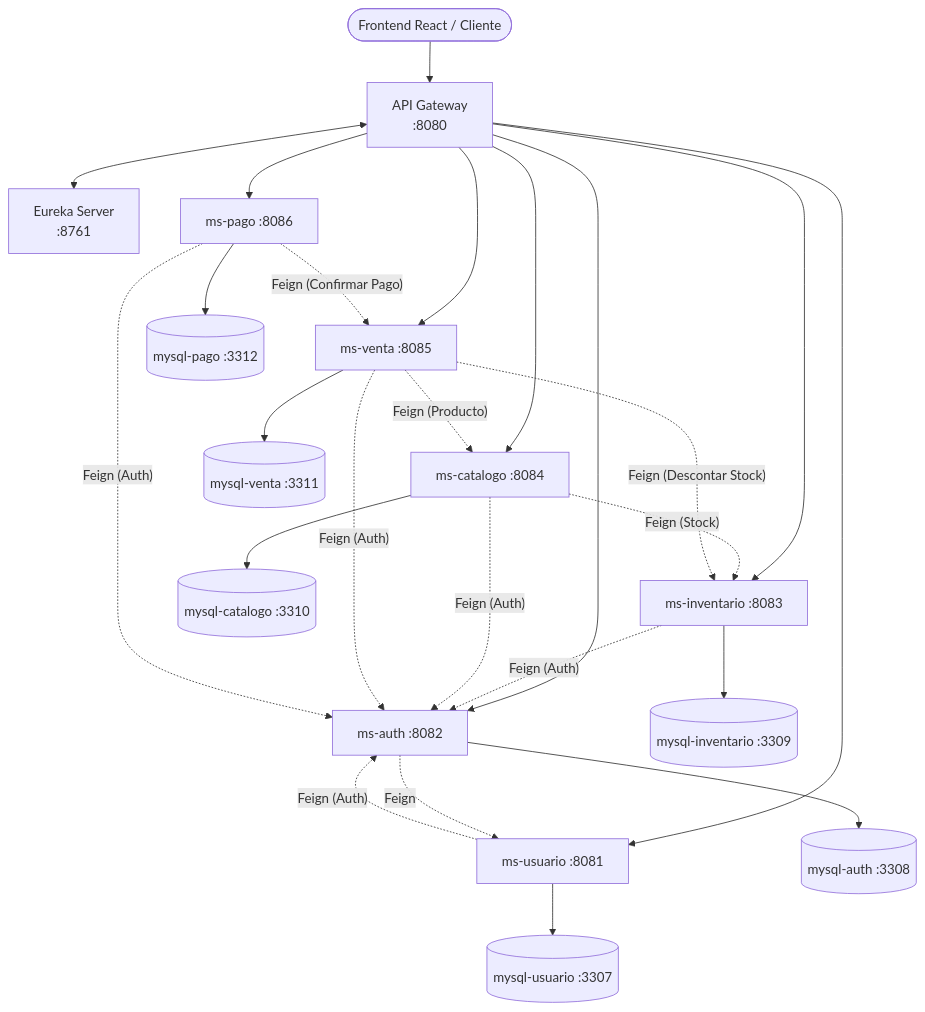
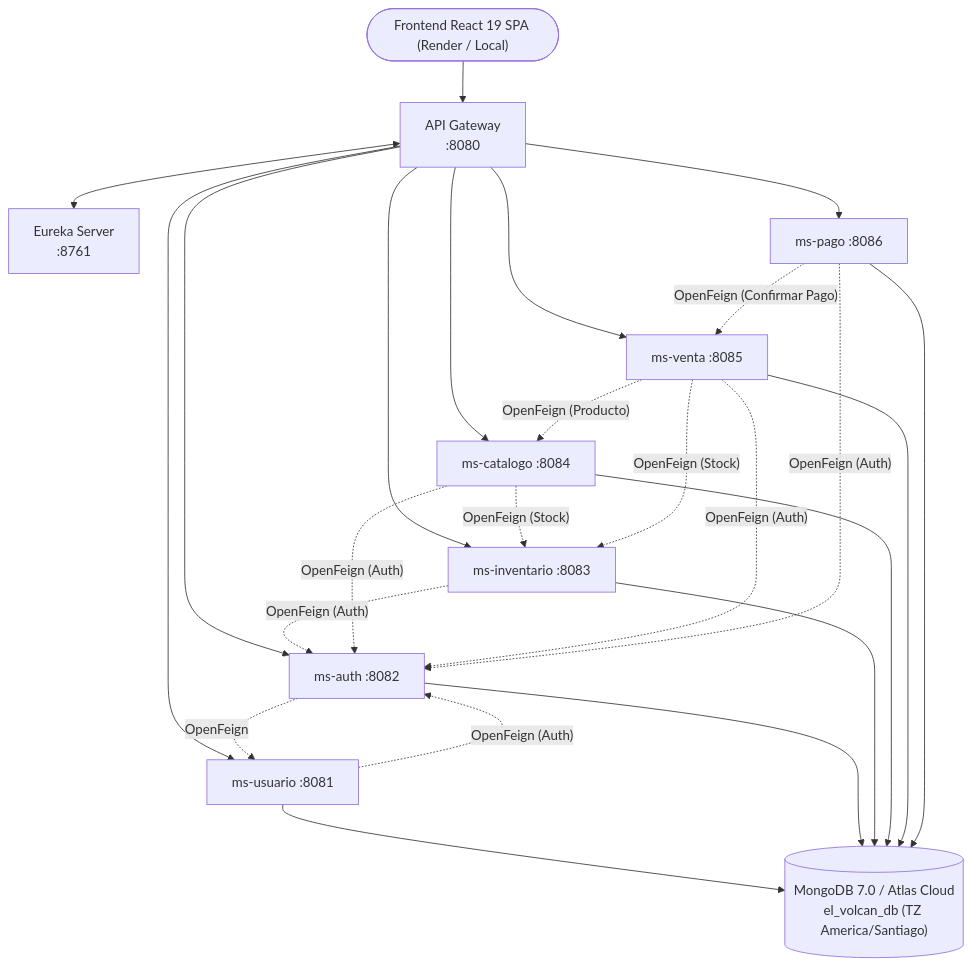
One commit to DamianMercado/ElVolcanDB changed the diagram in backend/README.md. Above: the diagram before and after it, drawn with Mermaid. The commit also changed other lines of this file and 111 other files, not shown here.

First line of the commit message:
feat: automatizacion EC2 3am Chile, zona horaria America/Santiago, sesiones y seguimiento en vivo

````diff
--- a/backend/README.md
+++ b/backend/README.md
@@ -24,32 +24,27 @@
 ```mermaid
 flowchart TB
-    Frontend(["Frontend React / Cliente"])
+    Frontend(["Frontend React 19 SPA (Render / Local)"])
 
     Frontend --> GW["API Gateway<br/>:8080"]
     GW <--> EUR["Eureka Server<br/>:8761"]
 
     GW --> AUTH["ms-auth :8082"]
     GW --> USU["ms-usuario :8081"]
     GW --> INV["ms-inventario :8083"]
     GW --> CAT["ms-catalogo :8084"]
     GW --> VEN["ms-venta :8085"]
     GW --> PAG["ms-pago :8086"]
 
-    AUTH -. Feign .-> USU
-    USU -. Feign (Auth) .-> AUTH
-    INV -. Feign (Auth) .-> AUTH
-    CAT -. Feign (Auth) .-> AUTH
-    CAT -. Feign (Stock) .-> INV
-    VEN -. Feign (Auth) .-> AUTH
-    VEN -. Feign (Producto) .-> CAT
-    VEN -. Feign (Descontar Stock) .-> INV
-    PAG -. Feign (Auth) .-> AUTH
-    PAG -. Feign (Confirmar Pago) .-> VEN
+    AUTH -. OpenFeign .-> USU
+    USU -. OpenFeign (Auth) .-> AUTH
+    INV -. OpenFeign (Auth) .-> AUTH
+    CAT -. OpenFeign (Auth) .-> AUTH
+    CAT -. OpenFeign (Stock) .-> INV
+    VEN -. OpenFeign (Auth) .-> AUTH
+    VEN -. OpenFeign (Producto) .-> CAT
+    VEN -. OpenFeign (Stock) .-> INV
+    PAG -. OpenFeign (Auth) .-> AUTH
+    PAG -. OpenFeign (Confirmar Pago) .-> VEN
 
-    USU --> DBU[(mysql-usuario :3307)]
-    AUTH --> DBA[(mysql-auth :3308)]
-    INV --> DBI[(mysql-inventario :3309)]
-    CAT --> DBC[(mysql-catalogo :3310)]
-    VEN --> DBV[(mysql-venta :3311)]
-    PAG --> DBP[(mysql-pago :3312)]
+    USU & AUTH & INV & CAT & VEN & PAG --> MONGO[("MongoDB 7.0 / Atlas Cloud<br/>el_volcan_db (TZ America/Santiago)")]
 ```
````
